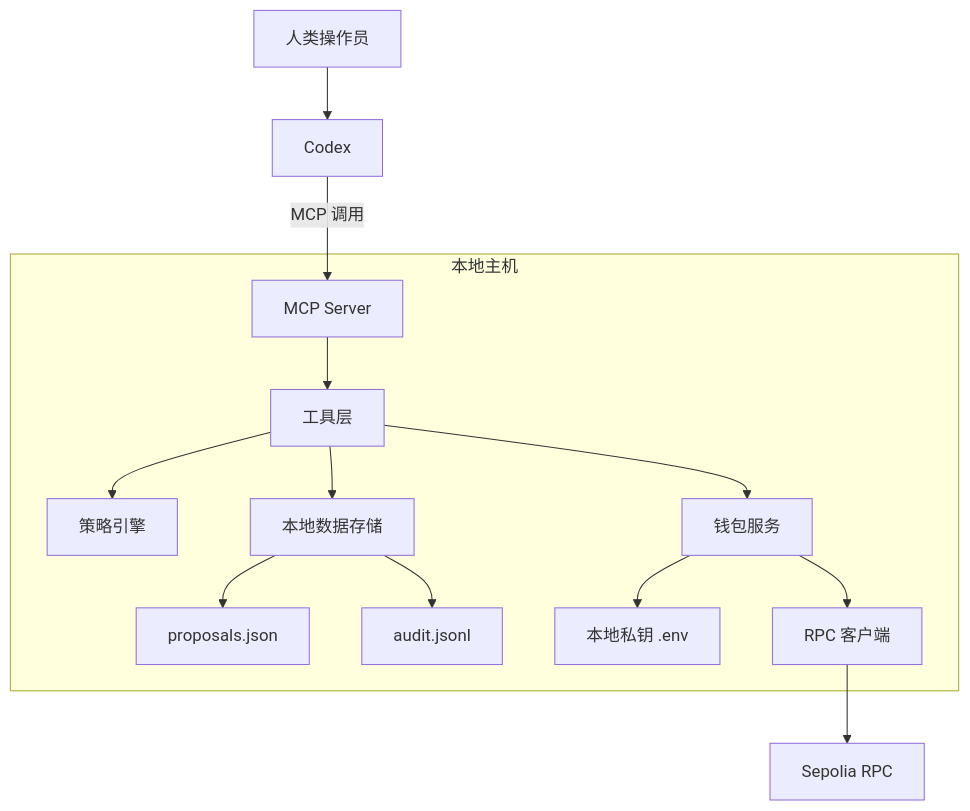
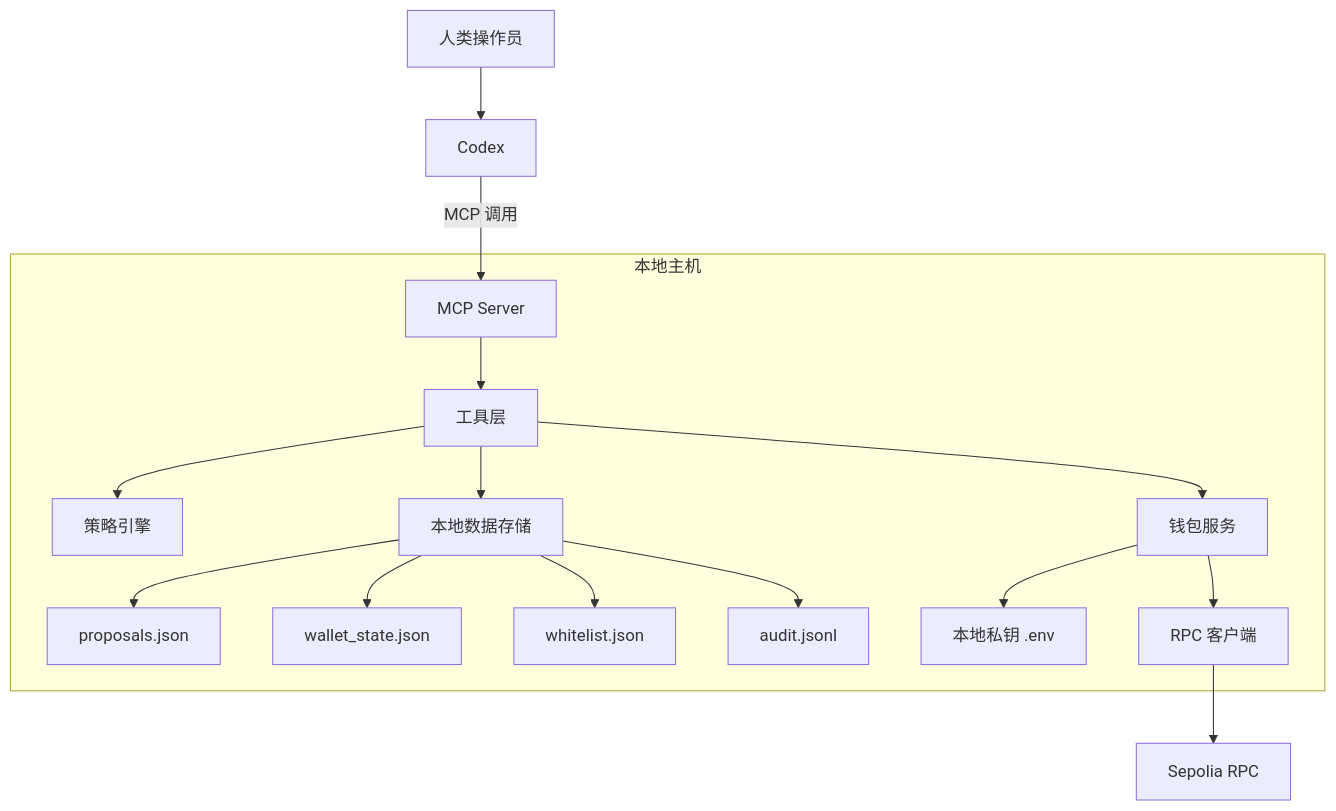
One commit to WilliamHJF/cobo-mcp changed the second of 4 diagrams in docs/architecture.md. Above: the diagram before and after it, drawn with Mermaid. The commit also changed other lines of this file and 27 other files, not shown here.

````diff
--- a/docs/architecture.md
+++ b/docs/architecture.md
@@ -173,20 +351,22 @@
 ```mermaid
 flowchart TD
     H[人类操作员] --> C[Codex]
     C -->|MCP 调用| M[MCP Server]
 
     subgraph Local["本地主机"]
         M --> T[工具层]
         T --> P[策略引擎]
         T --> S[钱包服务]
         T --> D[本地数据存储]
 
         D --> PROPOSALS[proposals.json]
+        D --> WALLETSTATE[wallet_state.json]
+        D --> WHITELIST[whitelist.json]
         D --> AUDIT[audit.jsonl]
 
         S --> K[本地私钥 .env]
         S --> R[RPC 客户端]
     end
 
     R --> X[Sepolia RPC]
 ```
````
